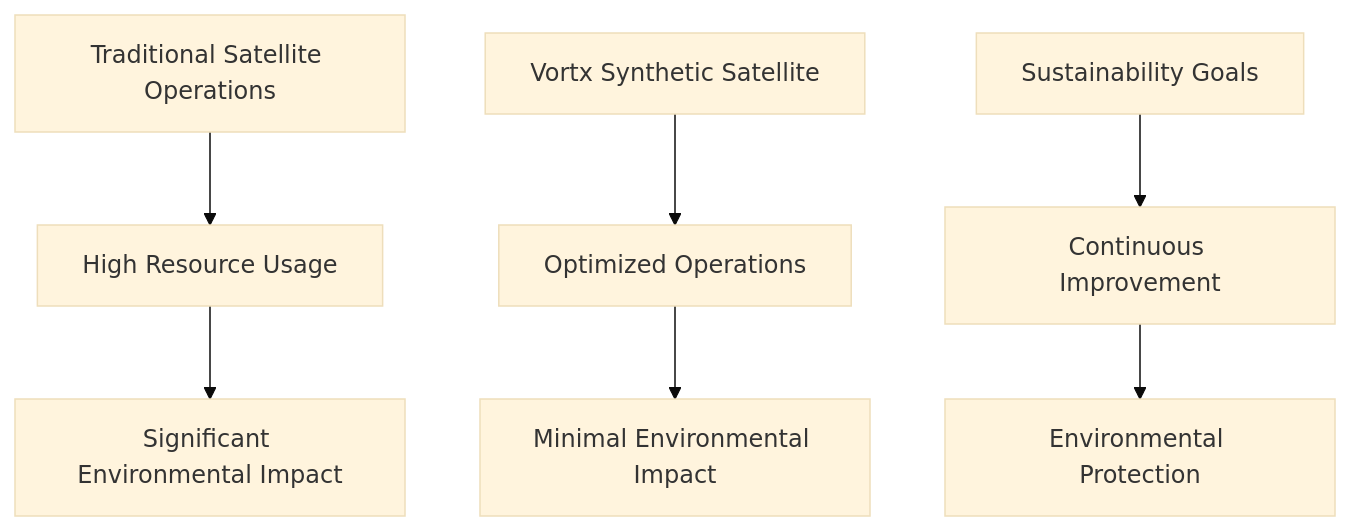
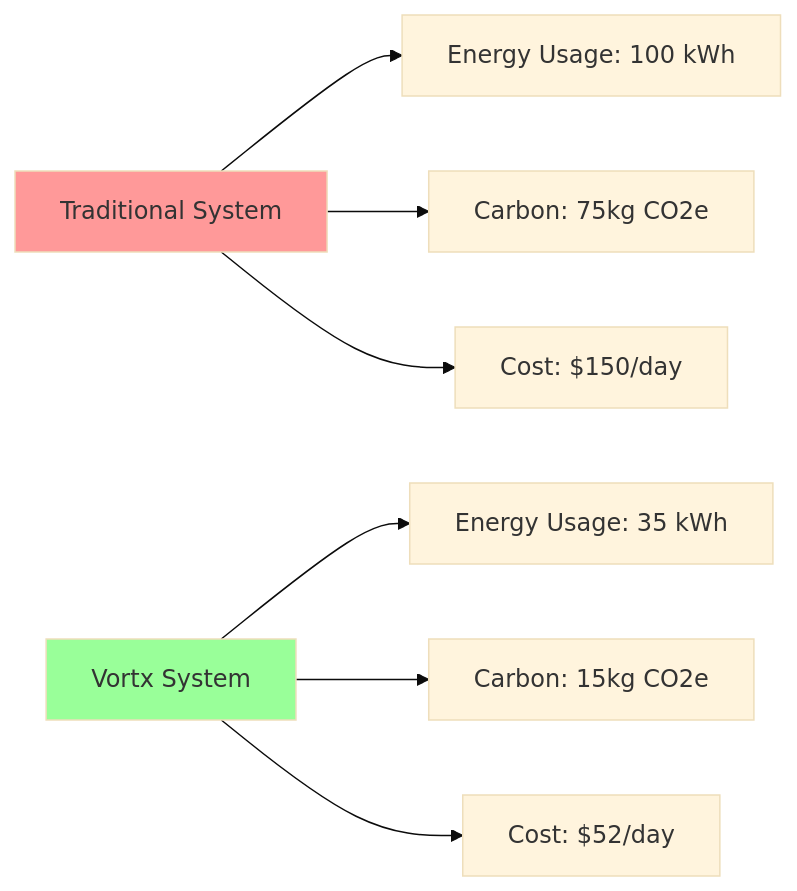
The second of 3 diagrams in docs/sustainability/index.md (Vortx-AI/synthetic-satellite), drawn with Mermaid (base theme) before and after one commit. The commit also changed other lines of this file and 3 other files, not shown here.

````diff
--- a/docs/sustainability/index.md
+++ b/docs/sustainability/index.md
@@ -29,11 +67,13 @@
 ```mermaid
-graph TD
-    A[Traditional Satellite Operations] --> B[High Resource Usage]
-    B --> C[Significant Environmental Impact]
+graph LR
+    A[Traditional System] --> B[Energy Usage: 100 kWh]
+    A --> C[Carbon: 75kg CO2e]
+    A --> D[Cost: $150/day]
     
-    D[Vortx Synthetic Satellite] --> E[Optimized Operations]
-    E --> F[Minimal Environmental Impact]
+    E[Vortx System] --> F[Energy Usage: 35 kWh]
+    E --> G[Carbon: 15kg CO2e]
+    E --> H[Cost: $52/day]
     
-    G[Sustainability Goals] --> H[Continuous Improvement]
-    H --> I[Environmental Protection]
+    style A fill:#ff9999
+    style E fill:#99ff99
 ```
````
